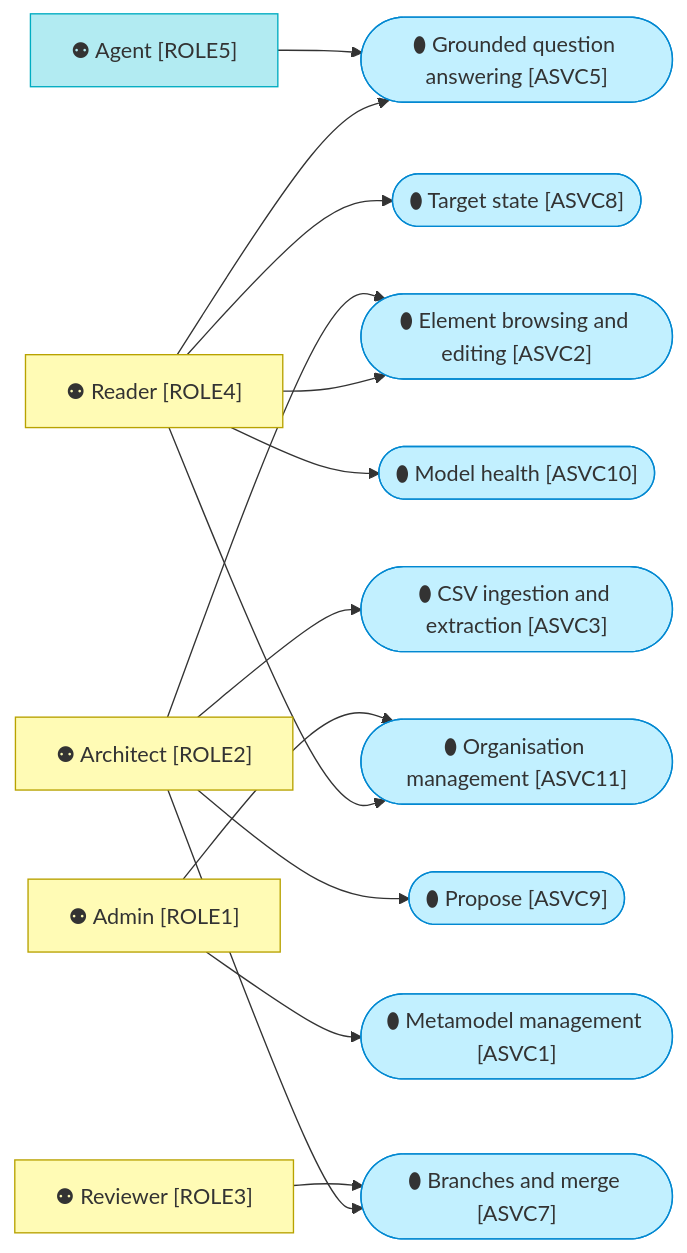
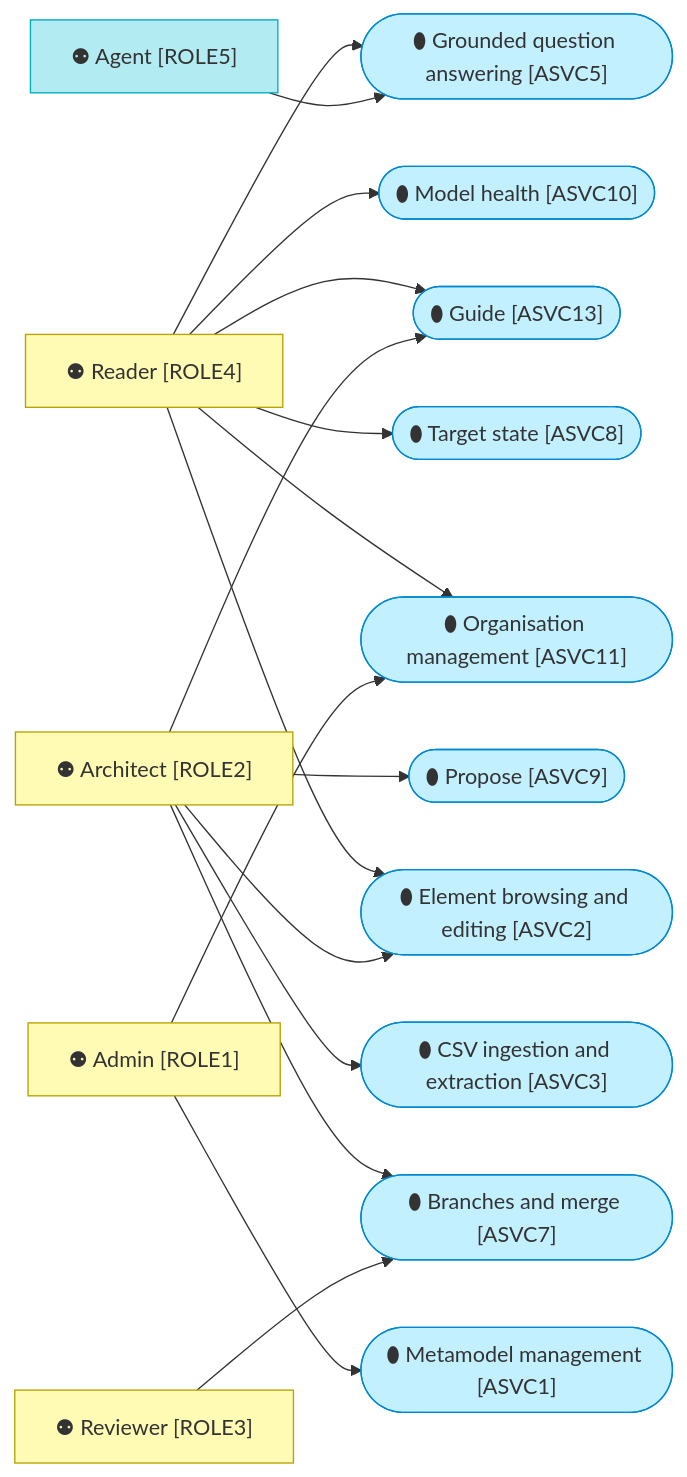
One commit to roanboc/dbx-enterprise-architecture changed the second of 4 diagrams in architecture/4_application/1_application-services.md. Above: the diagram before and after it, drawn with Mermaid. The commit also changed other lines of this file and 11 other files, not shown here.

First line of the commit message:
docs(architecture): initiative 24 built; the layers say what it delivered

````diff
--- a/architecture/4_application/1_application-services.md
+++ b/architecture/4_application/1_application-services.md
@@ -27,34 +27,37 @@
 ```mermaid
 flowchart LR
   reader["⚉ Reader [ROLE4]"]:::business
   arch["⚉ Architect [ROLE2]"]:::business
   rev["⚉ Reviewer [ROLE3]"]:::business
   admin["⚉ Admin [ROLE1]"]:::business
   agent["⚉ Agent [ROLE5]"]:::ai
   s1(["⬮ Metamodel management [ASVC1]"]):::application
   s2(["⬮ Element browsing and editing [ASVC2]"]):::application
   s3(["⬮ CSV ingestion and extraction [ASVC3]"]):::application
   s5(["⬮ Grounded question answering [ASVC5]"]):::application
   s7(["⬮ Branches and merge [ASVC7]"]):::application
   s8(["⬮ Target state [ASVC8]"]):::application
   s9(["⬮ Propose [ASVC9]"]):::application
   s10(["⬮ Model health [ASVC10]"]):::application
   s11(["⬮ Organisation management [ASVC11]"]):::application
+  s13(["⬮ Guide [ASVC13]"]):::application
   reader --> s2
   reader --> s5
   reader --> s8
   reader --> s10
   reader --> s11
+  reader --> s13
   arch --> s2
   arch --> s3
   arch --> s7
   arch --> s9
+  arch --> s13
   rev --> s7
   admin --> s1
   admin --> s11
   agent --> s5
 
   classDef business fill:#fffbb5,stroke:#b8a200,color:#333
   classDef application fill:#c2f0ff,stroke:#0288d1,color:#333
   classDef ai fill:#b2ebf2,stroke:#00acc1,color:#333
 ```
````
